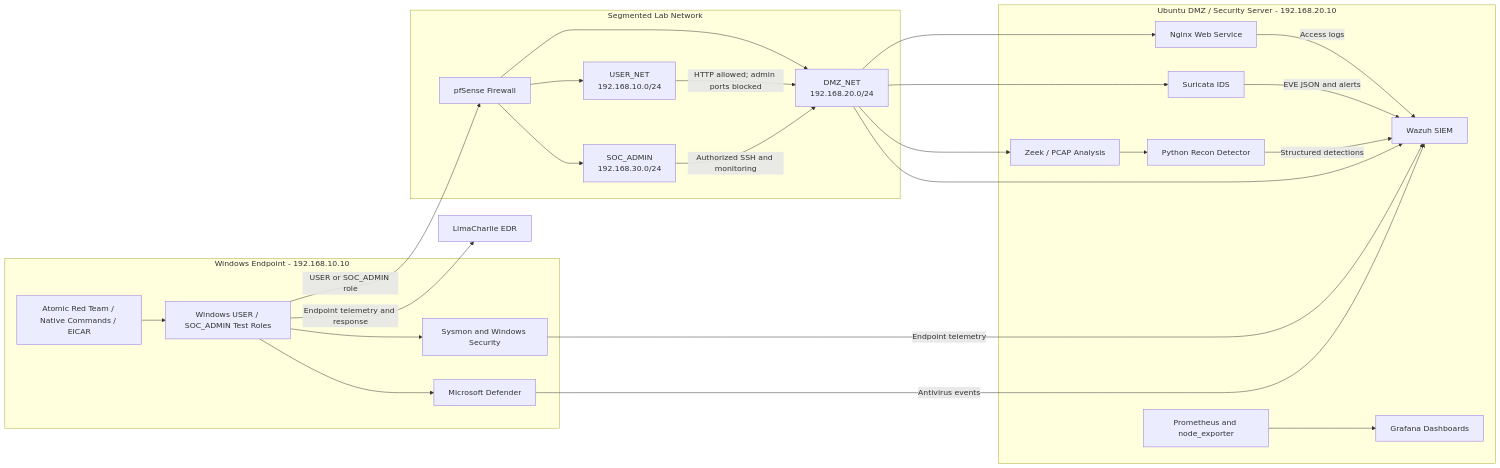
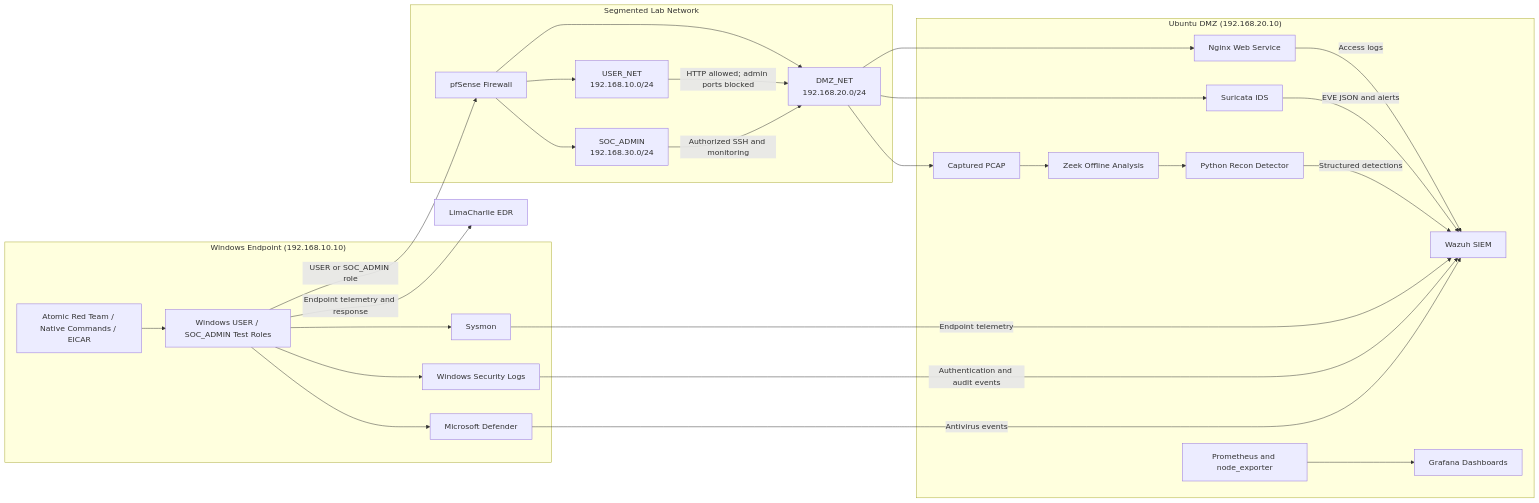
The diagram in README.md (LeMinhQuang1232/soc-blue-team-detection-engineering), drawn with Mermaid before and after one commit. The commit also changed other lines of this file, not shown here.

Commit message:
Refine lab architecture diagram in README
Updated the README to improve clarity and detail in the lab architecture diagram.

````diff
--- a/README.md
+++ b/README.md
@@ -13,53 +13,60 @@
 ```mermaid
 flowchart LR
-    subgraph ENDPOINT["Windows Endpoint - 192.168.10.10"]
+    subgraph ENDPOINT["Windows Endpoint (192.168.10.10)"]
         TESTS["Atomic Red Team / Native Commands / EICAR"]
         WIN["Windows USER / SOC_ADMIN Test Roles"]
-        SYSMON["Sysmon and Windows Security"]
+        SYSMON["Sysmon"]
+        SECURITY["Windows Security Logs"]
         DEFENDER["Microsoft Defender"]
 
         TESTS --> WIN
         WIN --> SYSMON
+        WIN --> SECURITY
         WIN --> DEFENDER
     end
 
     subgraph NETWORK["Segmented Lab Network"]
         PFS["pfSense Firewall"]
         USER["USER_NET<br/>192.168.10.0/24"]
         DMZ["DMZ_NET<br/>192.168.20.0/24"]
         ADMIN["SOC_ADMIN<br/>192.168.30.0/24"]
 
         PFS --> USER
         PFS --> DMZ
         PFS --> ADMIN
     end
 
-    subgraph SERVER["Ubuntu DMZ / Security Server - 192.168.20.10"]
+    subgraph SERVER["Ubuntu DMZ (192.168.20.10)"]
         WAZUH["Wazuh SIEM"]
         NGINX["Nginx Web Service"]
         SURICATA["Suricata IDS"]
-        ZEEK["Zeek / PCAP Analysis"]
+        PCAP["Captured PCAP"]
+        ZEEK["Zeek Offline Analysis"]
         PYTHON["Python Recon Detector"]
         PROM["Prometheus and node_exporter"]
         GRAFANA["Grafana Dashboards"]
 
         NGINX -->|"Access logs"| WAZUH
         SURICATA -->|"EVE JSON and alerts"| WAZUH
+        PCAP --> ZEEK
         ZEEK --> PYTHON
         PYTHON -->|"Structured detections"| WAZUH
         PROM --> GRAFANA
     end
 
     LC["LimaCharlie EDR"]
 
     WIN -->|"USER or SOC_ADMIN role"| PFS
     USER -->|"HTTP allowed; admin ports blocked"| DMZ
     ADMIN -->|"Authorized SSH and monitoring"| DMZ
-    DMZ --> WAZUH
+
     DMZ --> NGINX
     DMZ --> SURICATA
-    DMZ --> ZEEK
+    DMZ --> PCAP
+
     SYSMON -->|"Endpoint telemetry"| WAZUH
+    SECURITY -->|"Authentication and audit events"| WAZUH
     DEFENDER -->|"Antivirus events"| WAZUH
     WIN -->|"Endpoint telemetry and response"| LC
+
 ```
````
